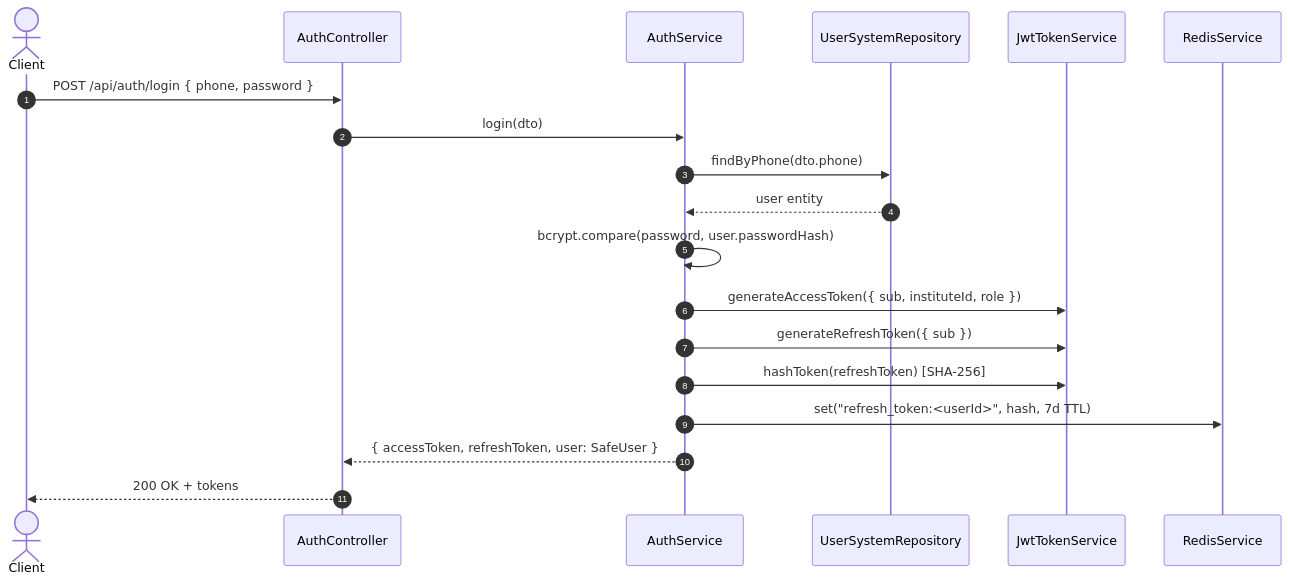
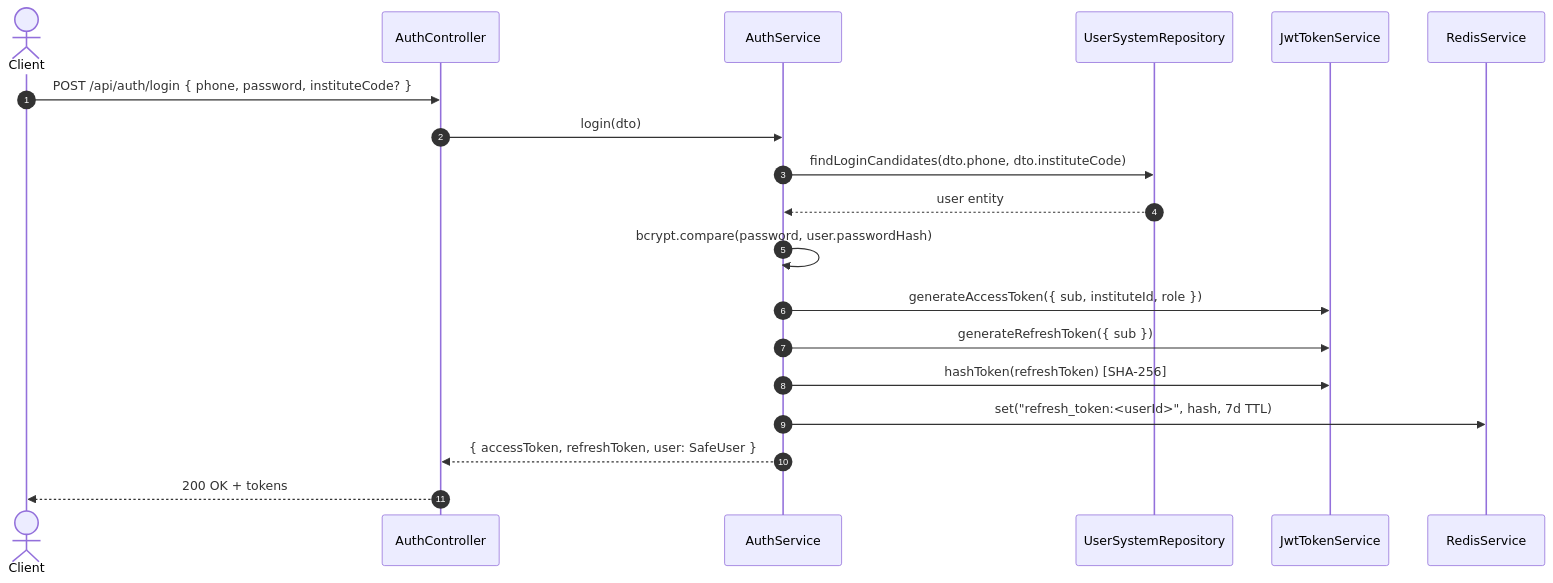
Before and after one commit to AyhamAm10/SaaS-Institute-Platform-Backend: the second of 2 diagrams in role.md, drawn with Mermaid. The commit also changed other lines of this file and 72 other files, not shown here.

````diff
--- a/role.md
+++ b/role.md
@@ -431,22 +463,22 @@
 ```mermaid
 sequenceDiagram
     autonumber
     actor Client
     participant AuthCtrl as AuthController
     participant AuthSvc as AuthService
     participant UserSysRepo as UserSystemRepository
     participant JwtSvc as JwtTokenService
     participant Redis as RedisService
 
-    Client->>AuthCtrl: POST /api/auth/login { phone, password }
+    Client->>AuthCtrl: POST /api/auth/login { phone, password, instituteCode? }
     AuthCtrl->>AuthSvc: login(dto)
-    AuthSvc->>UserSysRepo: findByPhone(dto.phone)
+    AuthSvc->>UserSysRepo: findLoginCandidates(dto.phone, dto.instituteCode)
     UserSysRepo-->>AuthSvc: user entity
     AuthSvc->>AuthSvc: bcrypt.compare(password, user.passwordHash)
     AuthSvc->>JwtSvc: generateAccessToken({ sub, instituteId, role })
     AuthSvc->>JwtSvc: generateRefreshToken({ sub })
     AuthSvc->>JwtSvc: hashToken(refreshToken) [SHA-256]
     AuthSvc->>Redis: set("refresh_token:<userId>", hash, 7d TTL)
     AuthSvc-->>AuthCtrl: { accessToken, refreshToken, user: SafeUser }
     AuthCtrl-->>Client: 200 OK + tokens
 ```
````
